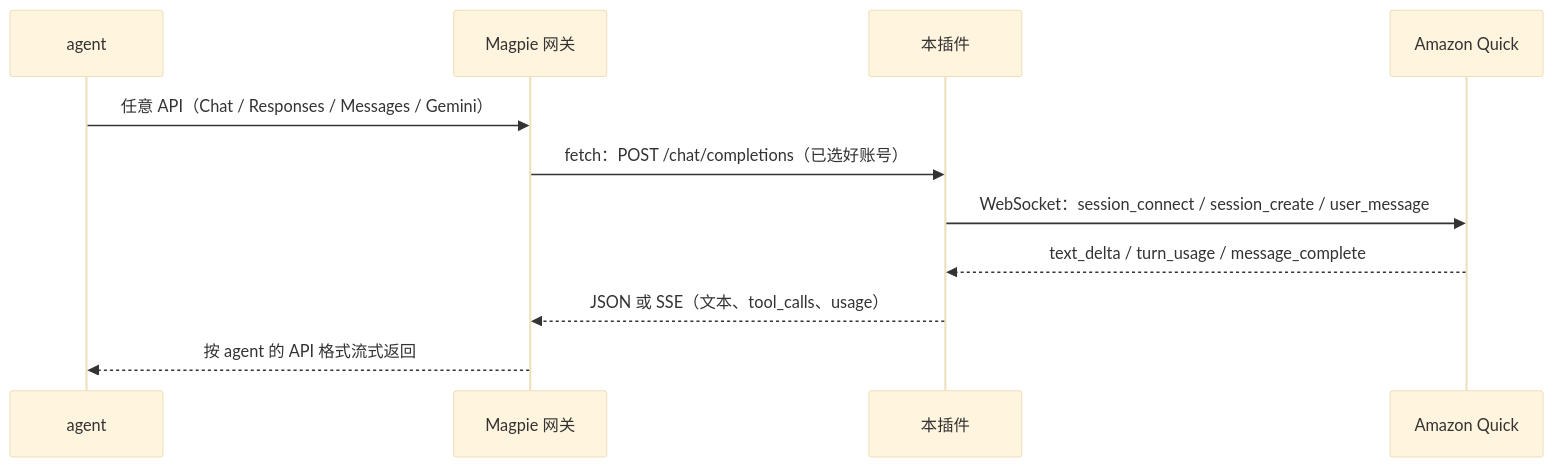
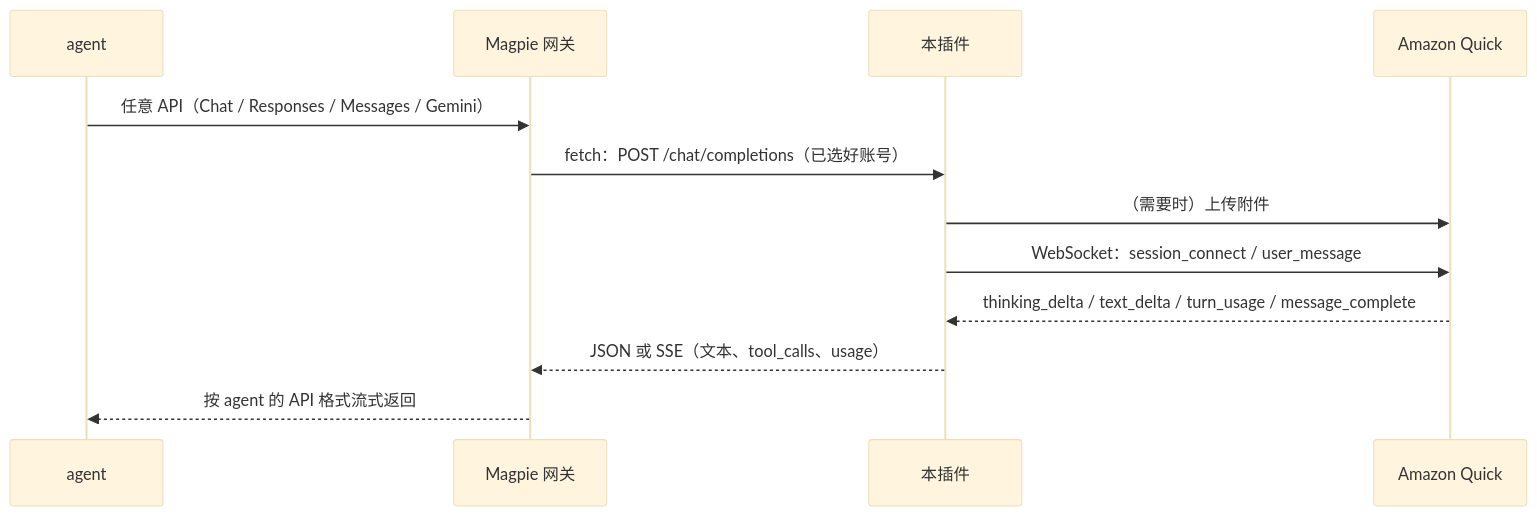
Before and after one commit to keenlin/magpie-plugins: the diagram in readmes/magpie-aws-quick-bridge.md, drawn with Mermaid (base theme). The commit also changed other lines of this file and 2 other files, not shown here.

````diff
--- a/readmes/magpie-aws-quick-bridge.md
+++ b/readmes/magpie-aws-quick-bridge.md
@@ -110,14 +120,15 @@
 ```mermaid
 sequenceDiagram
     participant A as agent
     participant M as Magpie 网关
     participant P as 本插件
     participant Q as Amazon Quick
 
     A->>M: 任意 API（Chat / Responses / Messages / Gemini）
     M->>P: fetch：POST /chat/completions（已选好账号）
-    P->>Q: WebSocket：session_connect / session_create / user_message
-    Q-->>P: text_delta / turn_usage / message_complete
+    P->>Q: （需要时）上传附件
+    P->>Q: WebSocket：session_connect / user_message
+    Q-->>P: thinking_delta / text_delta / turn_usage / message_complete
     P-->>M: JSON 或 SSE（文本、tool_calls、usage）
     M-->>A: 按 agent 的 API 格式流式返回
 ```
````
